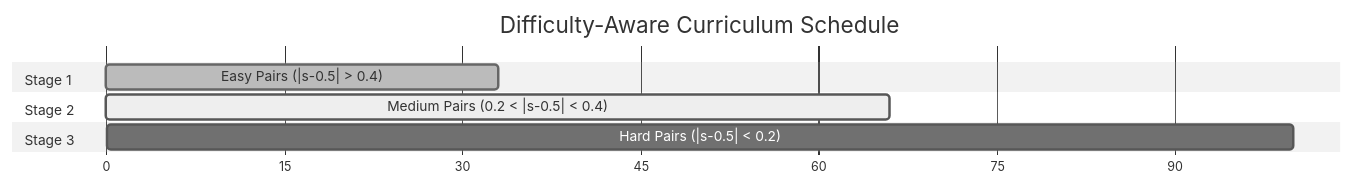
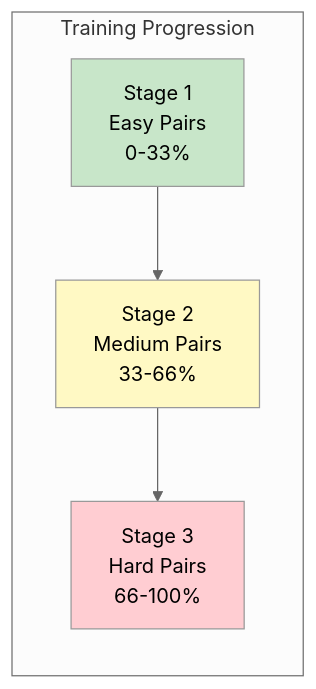
Before and after one commit to Pendu/Advanced-Retreival-and-Re-ranking: diagram 12 of 29 in ANMI_comparision.md, drawn with Mermaid (neutral theme). The commit also changed other lines of this file, not shown here.

Commit message:
Fixed the flow diagrams in the comparision file.

````diff
--- a/ANMI_comparision.md
+++ b/ANMI_comparision.md
@@ -597,15 +600,11 @@
 ```mermaid
-gantt
-    title Difficulty-Aware Curriculum Schedule
-    dateFormat X
-    axisFormat %s
+flowchart LR
+    subgraph "Training Progression"
+        S1[Stage 1<br/>Easy Pairs<br/>0-33%] --> S2[Stage 2<br/>Medium Pairs<br/>33-66%]
+        S2 --> S3[Stage 3<br/>Hard Pairs<br/>66-100%]
+    end
     
-    section Stage 1
-    Easy Pairs (|s-0.5| > 0.4)     :done, 0, 33
-    
-    section Stage 2
-    Medium Pairs (0.2 < |s-0.5| < 0.4) :active, 33, 66
-    
-    section Stage 3
-    Hard Pairs (|s-0.5| < 0.2)     :66, 100
+    style S1 fill:#c8e6c9
+    style S2 fill:#fff9c4
+    style S3 fill:#ffcdd2
 ```
````
